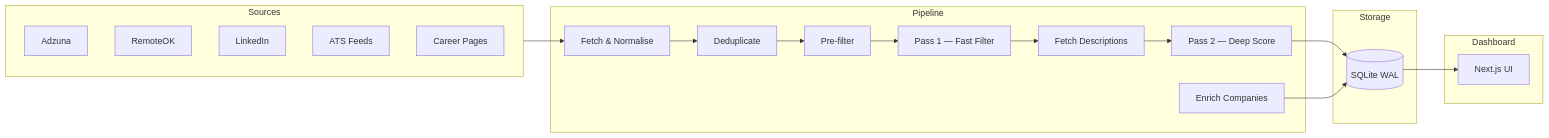
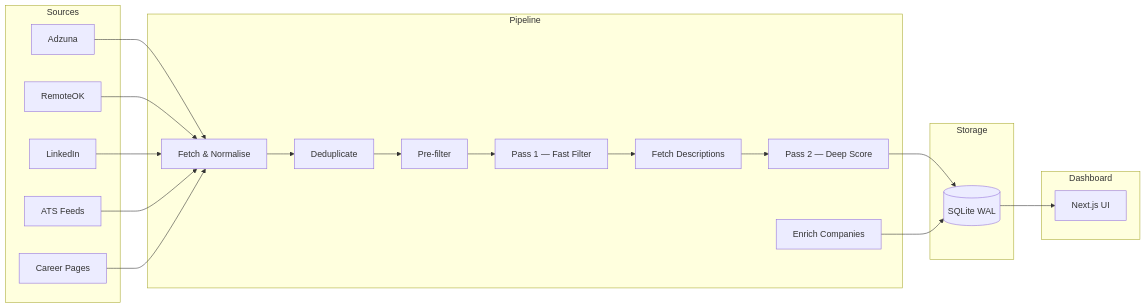
One commit to c0rrey/jobseeker changed the first of 2 diagrams in README.md. Above: the diagram before and after it, drawn with Mermaid. The commit also changed other lines of this file, not shown here.

First line of the commit message:
docs: rewrite README with architecture-first presentation for portfolio (seek-185)

````diff
--- a/README.md
+++ b/README.md
@@ -26,38 +23,42 @@
 ```mermaid
 graph LR
     subgraph Sources
         A1[Adzuna]
         A2[RemoteOK]
         A3[LinkedIn]
         A4[ATS Feeds]
         A5[Career Pages]
     end
 
     subgraph Pipeline
         B1[Fetch & Normalise]
         B2[Deduplicate]
         B3[Pre-filter]
         B4[Pass 1 — Fast Filter]
         B5[Fetch Descriptions]
         B6[Pass 2 — Deep Score]
         B7[Enrich Companies]
     end
 
     subgraph Storage
         C1[(SQLite WAL)]
     end
 
     subgraph Dashboard
         D1[Next.js UI]
     end
 
-    Sources --> B1
+    A1 --> B1
+    A2 --> B1
+    A3 --> B1
+    A4 --> B1
+    A5 --> B1
     B1 --> B2
     B2 --> B3
     B3 --> B4
     B4 --> B5
     B5 --> B6
     B6 --> C1
     B7 --> C1
     C1 --> D1
 ```
````
